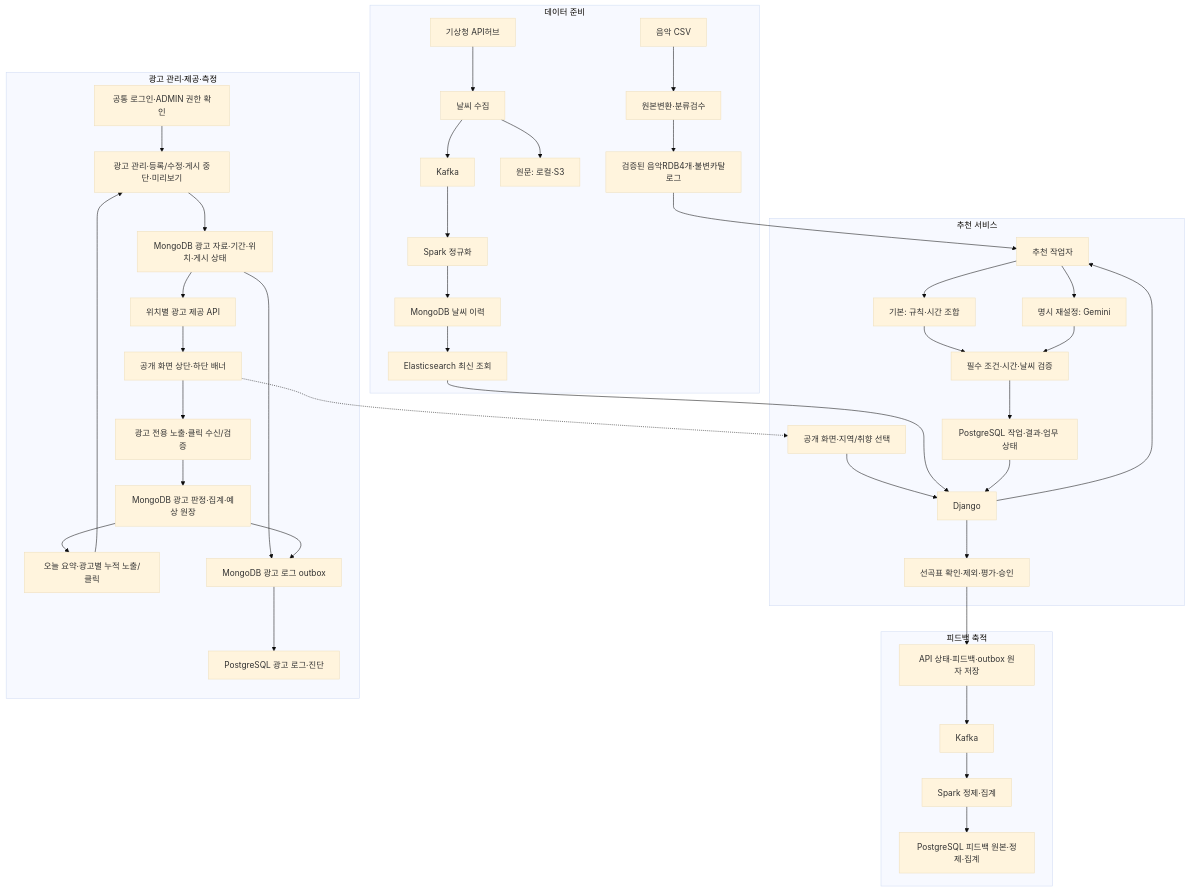
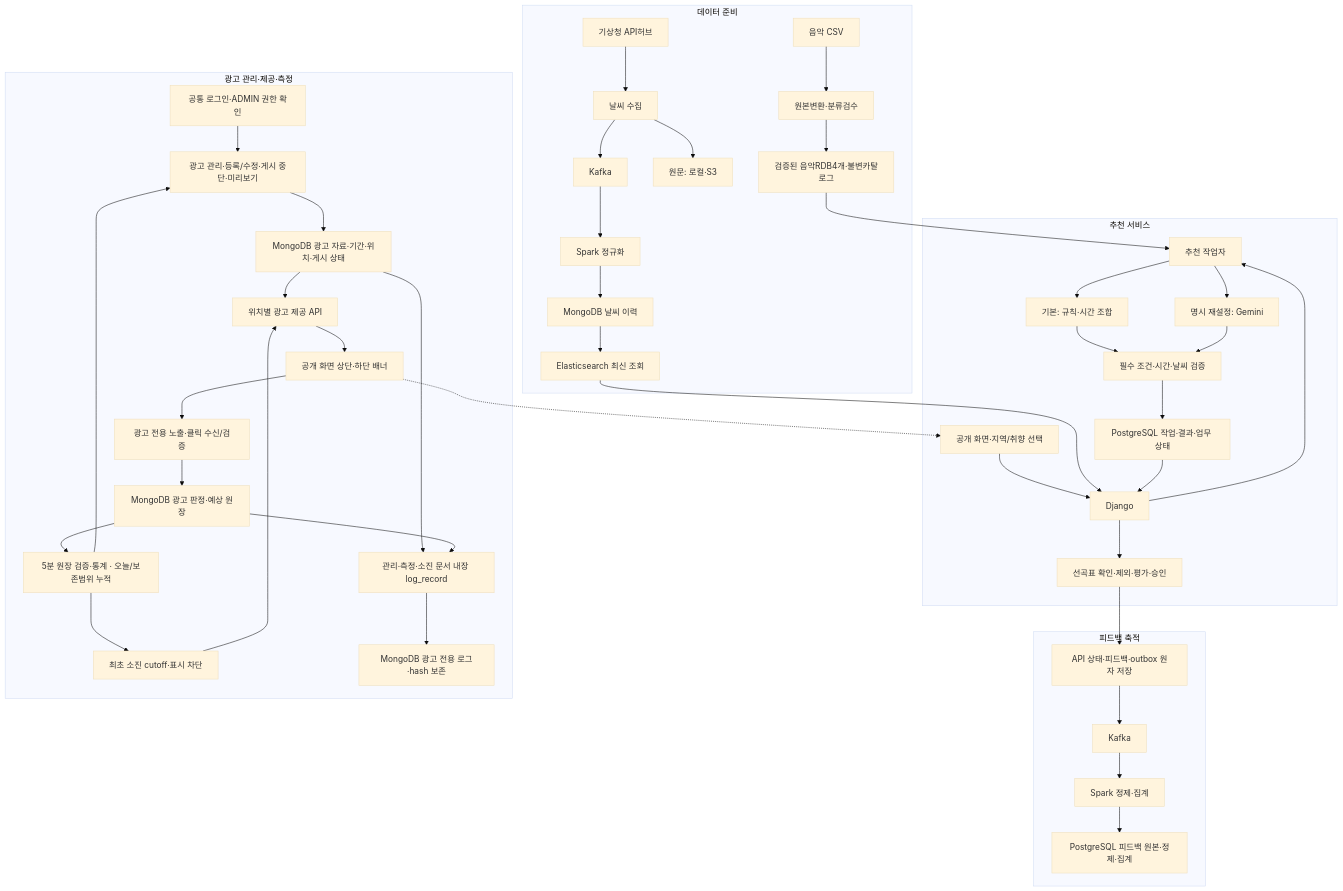
The diagram in README.md (encore-ai-campus/mlo-01-p3-team1), drawn with Mermaid (base theme) before and after one commit. The commit also changed other lines of this file and 216 other files, not shown here.

````diff
--- a/README.md
+++ b/README.md
@@ -65,46 +85,48 @@
 ```mermaid
 flowchart TB
     subgraph DATA[데이터 준비]
         CSV[음악 CSV] --> REVIEW[원본변환·분류검수]
         REVIEW --> MUSIC[검증된 음악RDB4개·불변카탈로그]
         KMA[기상청 API허브] --> COLLECT[날씨 수집]
         COLLECT --> RAW[원문: 로컬·S3]
         COLLECT --> WK[Kafka]
         WK --> WS[Spark 정규화]
         WS --> MONGO[MongoDB 날씨 이력]
         MONGO --> ES[Elasticsearch 최신 조회]
     end
     subgraph SERVICE[추천 서비스]
         WEB[공개 화면·지역/취향 선택] --> API[Django]
         ES --> API
         API --> WORKER[추천 작업자]
         MUSIC --> WORKER
         WORKER --> RULE[기본: 규칙·시간 조합]
         WORKER --> GEMINI[명시 재설정: Gemini]
         RULE --> CHECK[필수 조건·시간·날씨 검증]
         GEMINI --> CHECK
         CHECK --> DB[PostgreSQL 작업·결과·업무 상태]
         DB --> API
         API --> RESULT[선곡표 확인·제외·평가·승인]
     end
     subgraph FEEDBACK[피드백 축적]
         RESULT --> SAVE[API 상태·피드백·outbox 원자 저장]
         SAVE --> FK[Kafka]
         FK --> FS[Spark 정제·집계]
         FS --> LOGDB[PostgreSQL 피드백 원본·정제·집계]
     end
     subgraph ADS[광고 관리·제공·측정]
         LOGIN[공통 로그인·ADMIN 권한 확인] --> ADADMIN[광고 관리·등록/수정·게시 중단·미리보기]
         ADADMIN --> ADSTORE[MongoDB 광고 자료·기간·위치·게시 상태]
         ADSTORE --> DELIVERY[위치별 광고 제공 API]
         DELIVERY --> BANNERS[공개 화면 상단·하단 배너]
         BANNERS --> ADEVENT[광고 전용 노출·클릭 수신/검증]
-        ADEVENT --> ADMETRICS[MongoDB 광고 판정·집계·예상 원장]
-        ADMETRICS --> ADSTATS[오늘 요약·광고별 누적 노출/클릭]
+        ADEVENT --> ADMETRICS[MongoDB 광고 판정·예상 원장]
+        ADMETRICS --> ADSTATS[5분 원장 검증·통계 · 오늘/보존범위 누적]
+        ADSTATS --> ADBUDGET[최초 소진 cutoff·표시 차단]
+        ADBUDGET --> DELIVERY
         ADSTATS --> ADADMIN
-        ADSTORE --> ADOUTBOX[MongoDB 광고 로그 outbox]
+        ADSTORE --> ADOUTBOX[관리·측정·소진 문서 내장 log_record]
         ADMETRICS --> ADOUTBOX
-        ADOUTBOX --> ADLOG[PostgreSQL 광고 로그·진단]
+        ADOUTBOX --> ADLOG[MongoDB 광고 전용 로그·hash 보존]
     end
     BANNERS -.-> WEB
 ```
````
